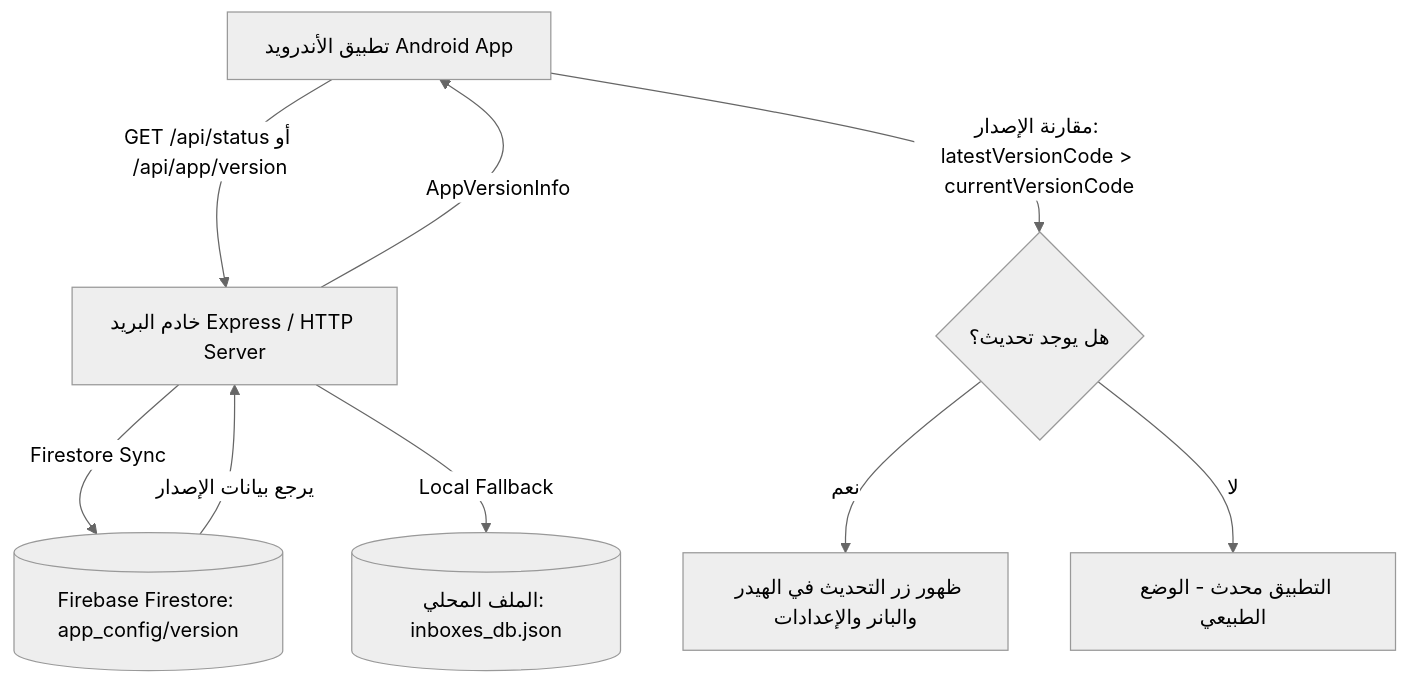
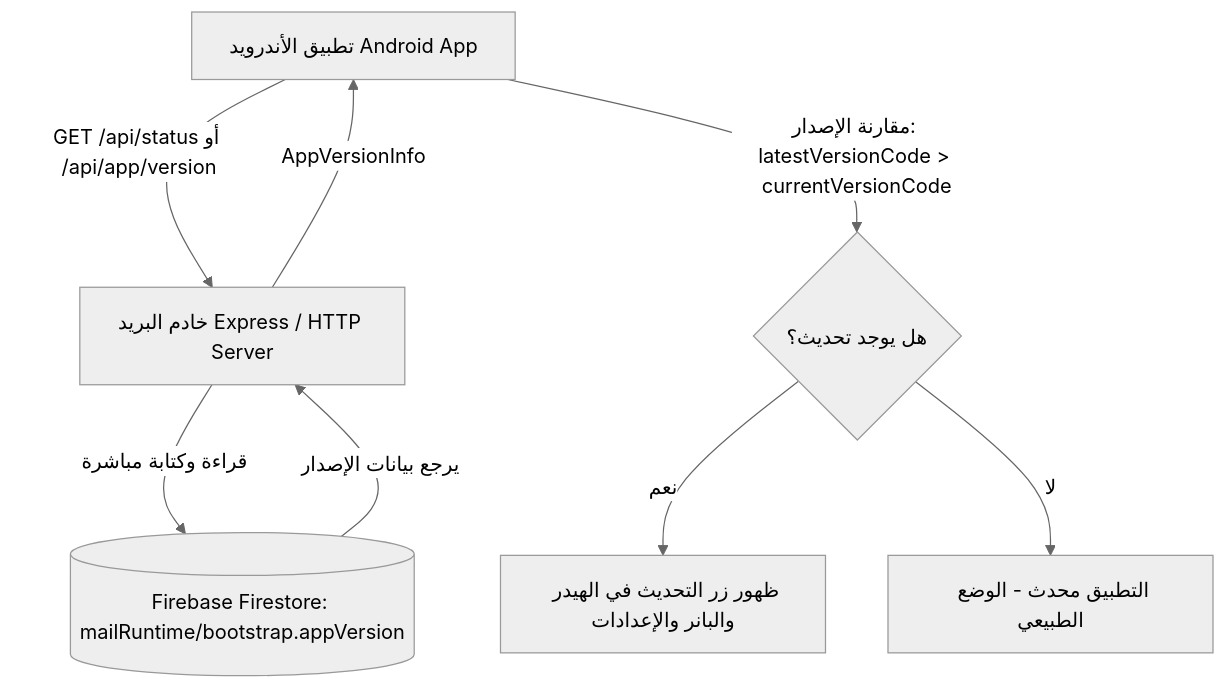
One commit to ahmedroou/batabitoo-mail-center changed the diagram in APP_UPDATE_GUIDE.md. Above: the diagram before and after it, drawn with Mermaid (neutral theme). The commit also changed other lines of this file and 107 other files, not shown here.

````diff
--- a/APP_UPDATE_GUIDE.md
+++ b/APP_UPDATE_GUIDE.md
@@ -11,11 +11,10 @@
 ```mermaid
 graph TD
     A[تطبيق الأندرويد Android App] -->|GET /api/status أو /api/app/version| B[خادم البريد Express / HTTP Server]
-    B -->|Firestore Sync| C[(Firebase Firestore: app_config/version)]
-    B -->|Local Fallback| D[(الملف المحلي: inboxes_db.json)]
+    B -->|قراءة وكتابة مباشرة| C[(Firebase Firestore: mailRuntime/bootstrap.appVersion)]
     C -->|يرجع بيانات الإصدار| B
     B -->|AppVersionInfo| A
     A -->|مقارنة الإصدار: latestVersionCode > currentVersionCode| E{هل يوجد تحديث؟}
     E -->|نعم| F[ظهور زر التحديث في الهيدر والبانر والإعدادات]
     E -->|لا| G[التطبيق محدث - الوضع الطبيعي]
 ```
````
